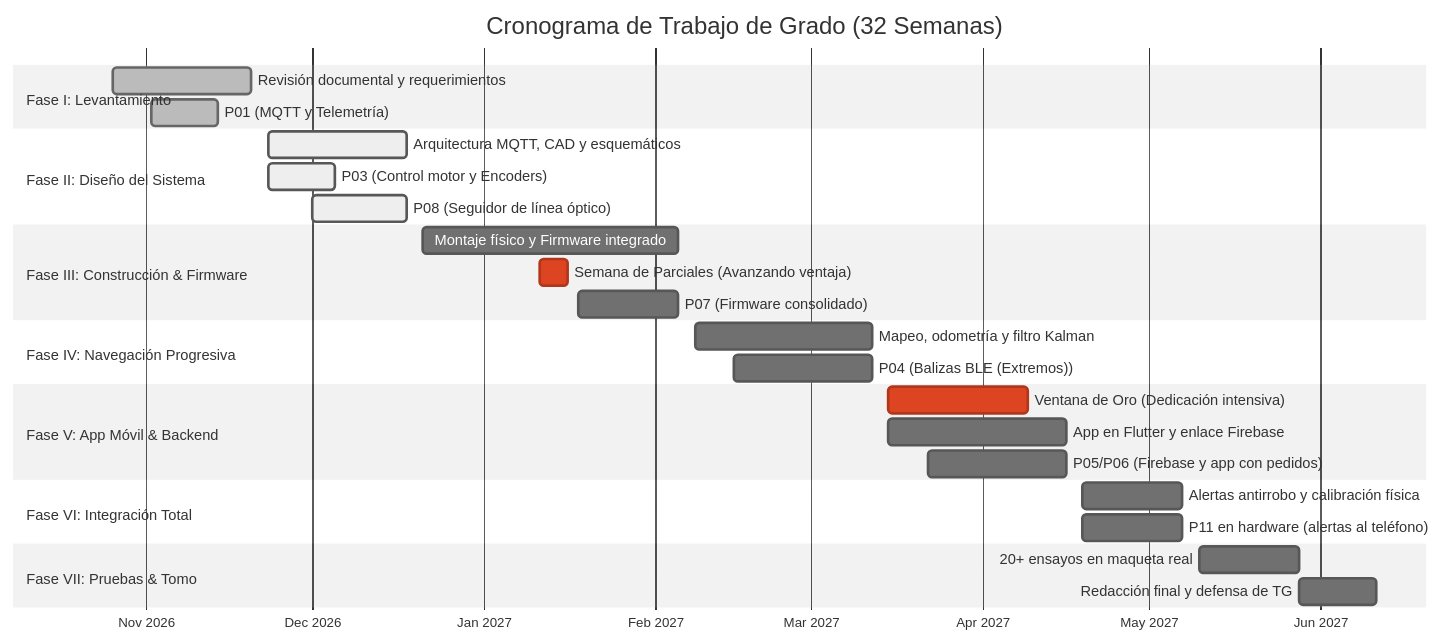
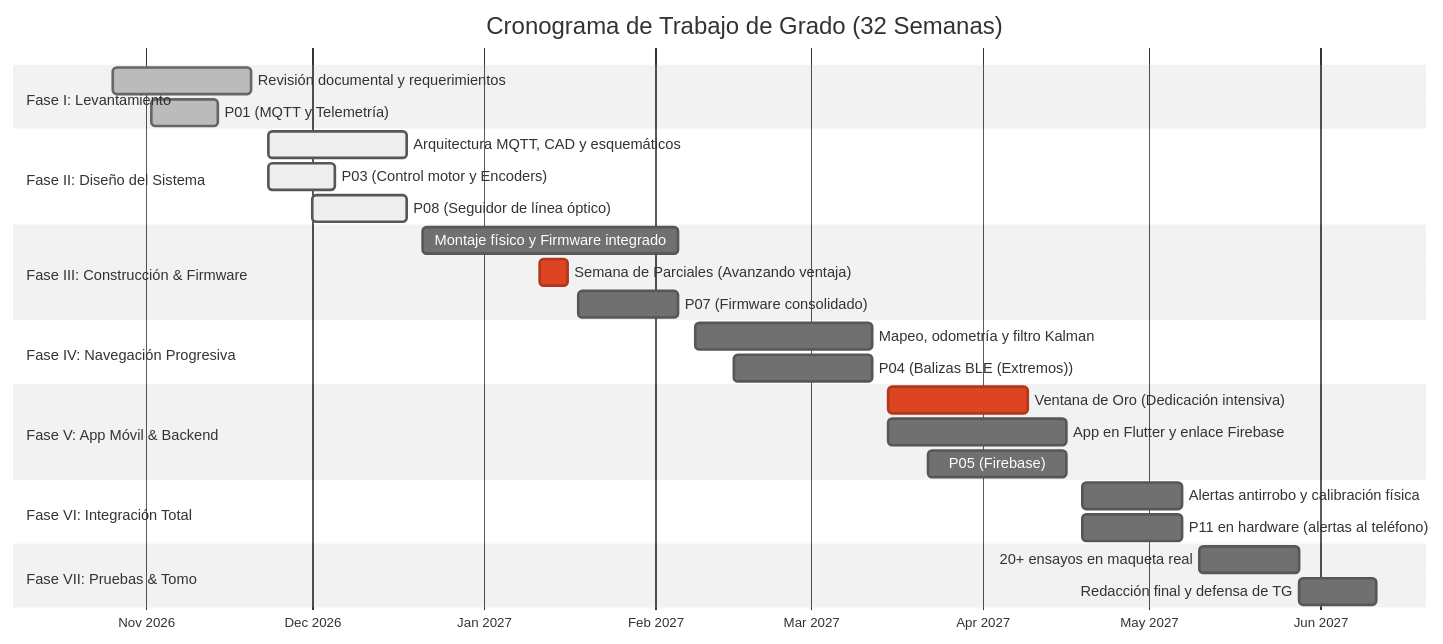
Before and after one commit to ilianavsc/tg-robot-ucab: the diagram in PLAN.md, drawn with Mermaid (neutral theme). The commit also changed other lines of this file and 3 other files, not shown here.

````diff
--- a/PLAN.md
+++ b/PLAN.md
@@ -13,37 +13,37 @@
 ```mermaid
 gantt
     title Cronograma de Trabajo de Grado (32 Semanas)
     dateFormat  YYYY-MM-DD
     axisFormat  %b %Y
 
     section Fase I: Levantamiento
     Revisión documental y requerimientos      :done, f1, 2026-10-26, 2026-11-20
     P01 (MQTT y Telemetría)                   :done, p01, 2026-11-02, 2026-11-14
 
     section Fase II: Diseño del Sistema
     Arquitectura MQTT, CAD y esquemáticos     :active, f2, 2026-11-23, 2026-12-18
     P03 (Control motor y Encoders)            :active, p03, 2026-11-23, 2026-12-05
     P08 (Seguidor de línea óptico)            :active, p08, 2026-12-01, 2026-12-18
 
     section Fase III: Construcción & Firmware
     Montaje físico y Firmware integrado       :f3, 2026-12-21, 2027-02-05
     Semana de Parciales (Avanzando ventaja)   :crit, sem_extra, 2027-01-11, 2027-01-16
     P07 (Firmware consolidado)                :p07, 2027-01-18, 2027-02-05
 
     section Fase IV: Navegación Progresiva
     Mapeo, odometría y filtro Kalman          :f4, 2027-02-08, 2027-03-12
     P04 (Balizas BLE (Extremos))            :p04, 2027-02-15, 2027-03-12
 
     section Fase V: App Móvil & Backend
     Ventana de Oro (Dedicación intensiva)     :crit, v_oro, 2027-03-15, 2027-04-09
     App en Flutter y enlace Firebase          :f5, 2027-03-15, 2027-04-16
-    P05/P06 (Firebase y app con pedidos)      :p06, 2027-03-22, 2027-04-16
+    P05 (Firebase)                            :p06, 2027-03-22, 2027-04-16
 
     section Fase VI: Integración Total
     Alertas antirrobo y calibración física    :f6, 2027-04-19, 2027-05-07
     P11 en hardware (alertas al teléfono)     :p11, 2027-04-19, 2027-05-07
 
     section Fase VII: Pruebas & Tomo
     20+ ensayos en maqueta real               :f7, 2027-05-10, 2027-05-28
     Redacción final y defensa de TG           :f7_defensa, 2027-05-28, 2027-06-11
 ```
````
